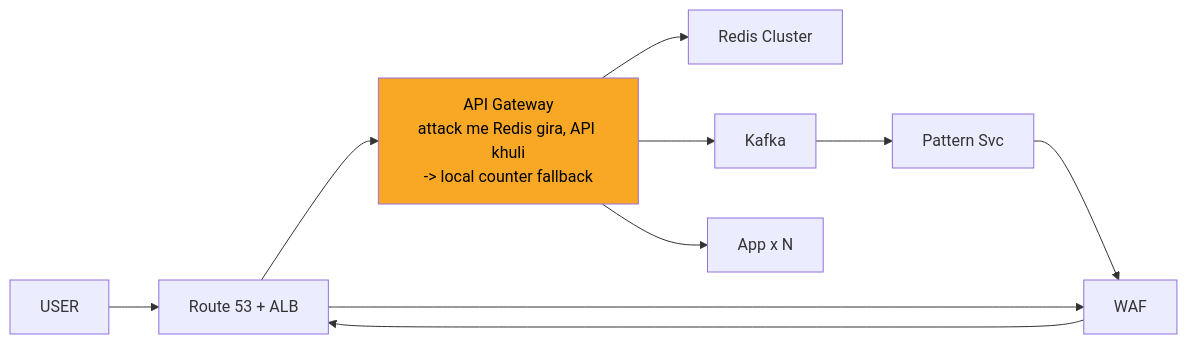
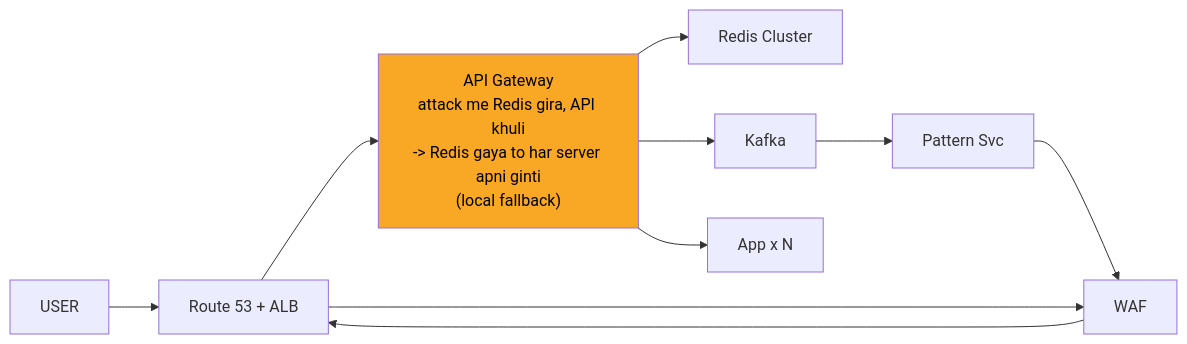
One commit to ArpanMaheshwari144/Prep changed the ninth of 11 diagrams in 04_HLD/SYSTEM_DESIGNS/02_rate_limiter/02_rate_limiter.md. Above: the diagram before and after it, drawn with Mermaid. The commit also changed other lines of this file and 13 other files, not shown here.

````diff
--- a/04_HLD/SYSTEM_DESIGNS/02_rate_limiter/02_rate_limiter.md
+++ b/04_HLD/SYSTEM_DESIGNS/02_rate_limiter/02_rate_limiter.md
@@ -352,21 +352,21 @@
 ```mermaid
 flowchart LR
     n_USER["USER"]
     n_EDGE["Route 53 + ALB"]
-    n_API_Gateway["API Gateway<br/>attack me Redis gira, API khuli<br/>-> local counter fallback"]
+    n_API_Gateway["API Gateway<br/>attack me Redis gira, API khuli<br/>-> Redis gaya to har server apni ginti<br/>(local fallback)"]
     n_Redis_Cluster["Redis Cluster"]
     n_Kafka["Kafka"]
     n_Pattern_Svc["Pattern Svc"]
     n_WAF["WAF"]
     n_App_xN["App x N"]
     n_EDGE --> n_API_Gateway
     n_API_Gateway --> n_Redis_Cluster
     n_API_Gateway --> n_App_xN
     n_Kafka --> n_Pattern_Svc
     n_Pattern_Svc --> n_WAF
     n_API_Gateway --> n_Kafka
     n_USER --> n_EDGE
     n_EDGE --> n_WAF
     n_WAF --> n_EDGE
     style n_API_Gateway fill:#f9a825,color:#000
 ```
````
